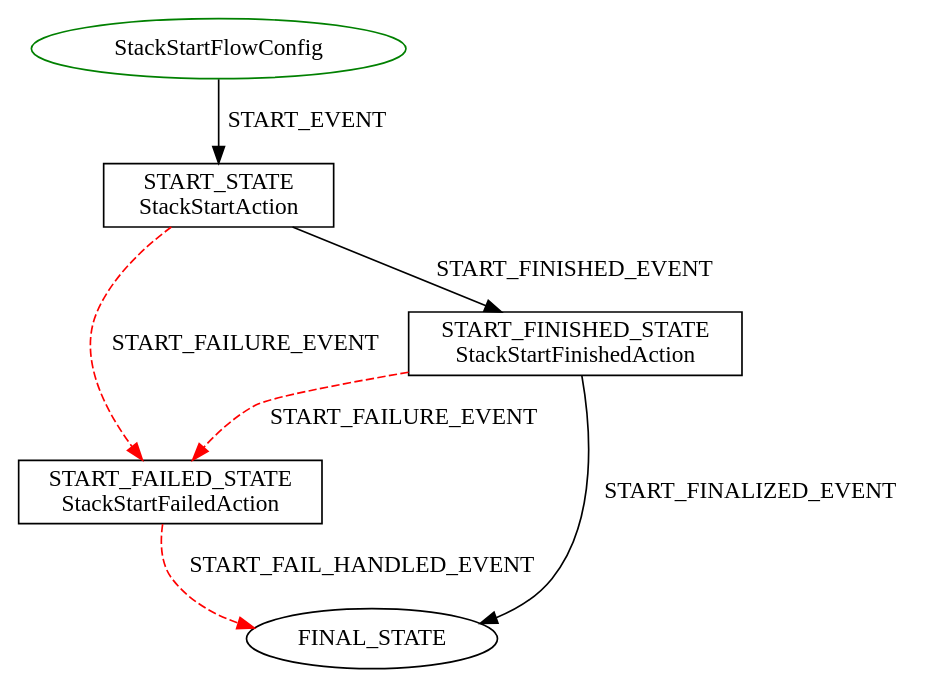
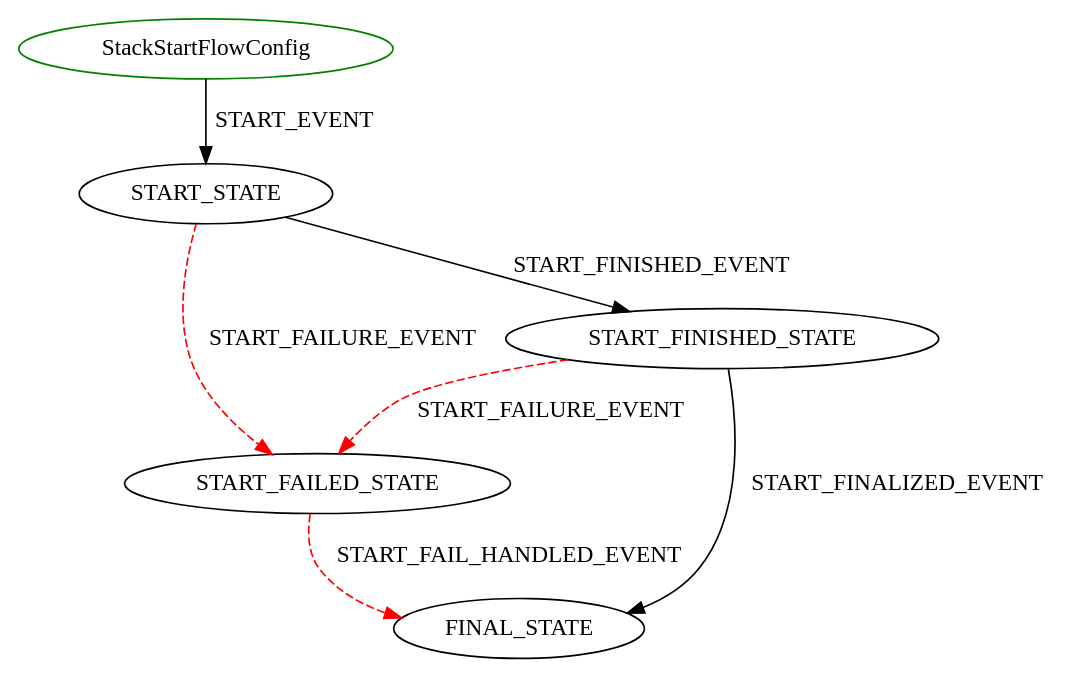
The diagram in docs/diagrams/StackStartFlowConfig.dot (wprender/cloudbreak-docs), drawn with Graphviz before and after one commit. The commit also changed 3 other files, not shown here.

Commit message:
CLOUD-55042 Fresh flow dots

```diff
--- a/docs/diagrams/StackStartFlowConfig.dot
+++ b/docs/diagrams/StackStartFlowConfig.dot
@@ -1,12 +1,9 @@
 digraph {
 INIT_STATE [label="StackStartFlowConfig" shape=ellipse color=green];
-START_STATE [label="START_STATE\nStackStartAction" shape=rect color=black];
 INIT_STATE -> START_STATE [label="START_EVENT" color=black style=solid];
-START_FAILED_STATE [label="START_FAILED_STATE\nStackStartFailedAction" shape=rect color=black];
 START_STATE -> START_FAILED_STATE [label="START_FAILURE_EVENT" color=red style=dashed];
 START_FAILED_STATE -> FINAL_STATE [label="START_FAIL_HANDLED_EVENT" color=red style=dashed];
-START_FINISHED_STATE [label="START_FINISHED_STATE\nStackStartFinishedAction" shape=rect color=black];
 START_STATE -> START_FINISHED_STATE [label="START_FINISHED_EVENT" color=black style=solid];
 START_FINISHED_STATE -> START_FAILED_STATE [label="START_FAILURE_EVENT" color=red style=dashed];
 START_FINISHED_STATE -> FINAL_STATE [label="START_FINALIZED_EVENT" color=black style=solid];
 }
```
